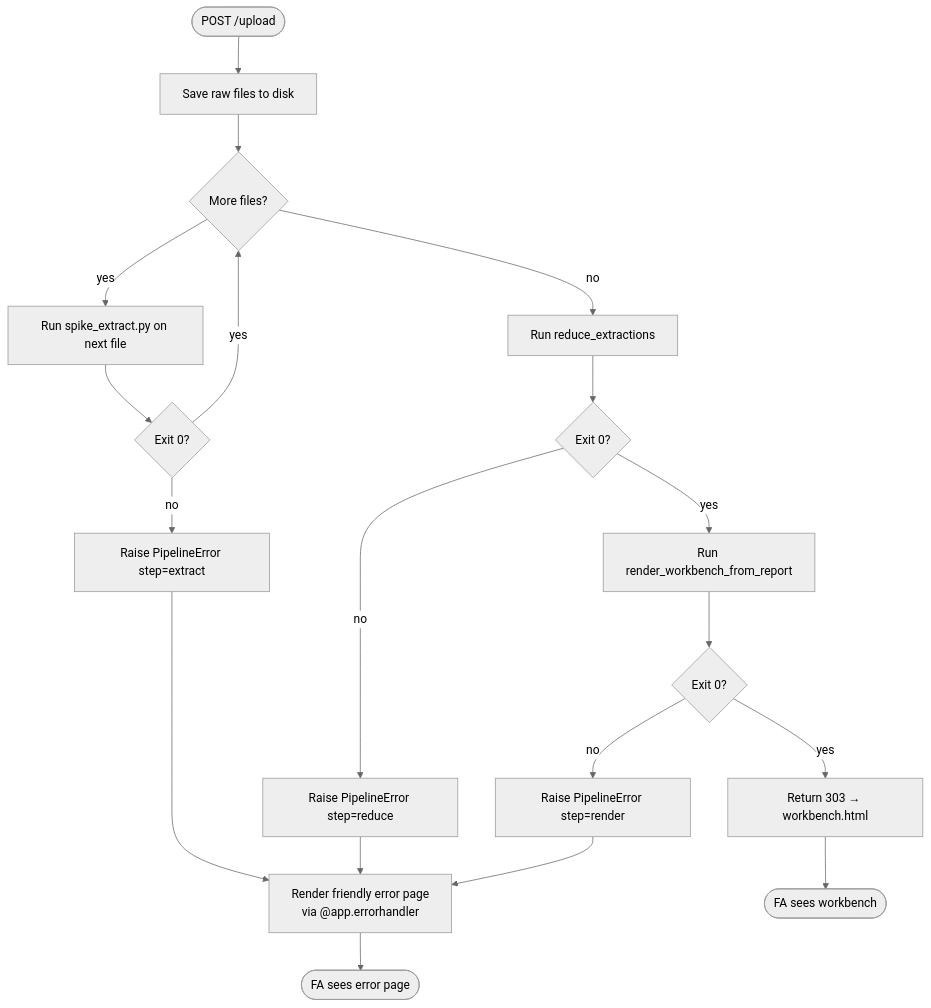
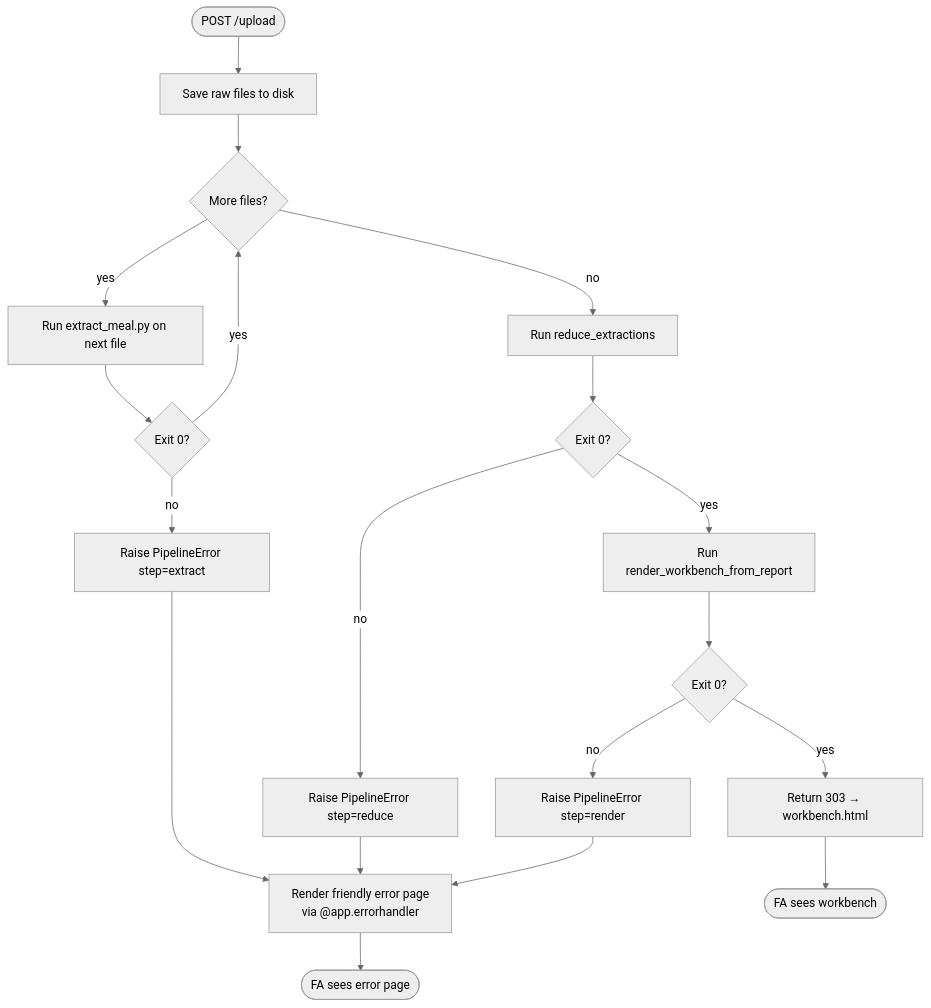
Before and after one commit to aweditya/expense-reports-automation: the third of 5 diagrams in docs/SPEC.md, drawn with Mermaid (neutral theme). The commit also changed other lines of this file and 10 other files, not shown here.

````diff
--- a/docs/SPEC.md
+++ b/docs/SPEC.md
@@ -162,26 +162,26 @@
 ```mermaid
 flowchart TD
     Start([POST /upload]) --> Save[Save raw files to disk]
     Save --> Loop{More files?}
 
-    Loop -->|yes| Ext[Run spike_extract.py on next file]
+    Loop -->|yes| Ext[Run extract_meal.py on next file]
     Ext --> ExtOK{Exit 0?}
     ExtOK -->|no| Err1[Raise PipelineError step=extract]
     ExtOK -->|yes| Loop
 
     Loop -->|no| Red[Run reduce_extractions]
     Red --> RedOK{Exit 0?}
     RedOK -->|no| Err2[Raise PipelineError step=reduce]
     RedOK -->|yes| Ren[Run render_workbench_from_report]
 
     Ren --> RenOK{Exit 0?}
     RenOK -->|no| Err3[Raise PipelineError step=render]
     RenOK -->|yes| Redirect[Return 303 → workbench.html]
 
     Err1 --> ErrorPage[Render friendly error page<br/>via @app.errorhandler]
     Err2 --> ErrorPage
     Err3 --> ErrorPage
 
     Redirect --> Done([FA sees workbench])
     ErrorPage --> Done2([FA sees error page])
 ```
````
